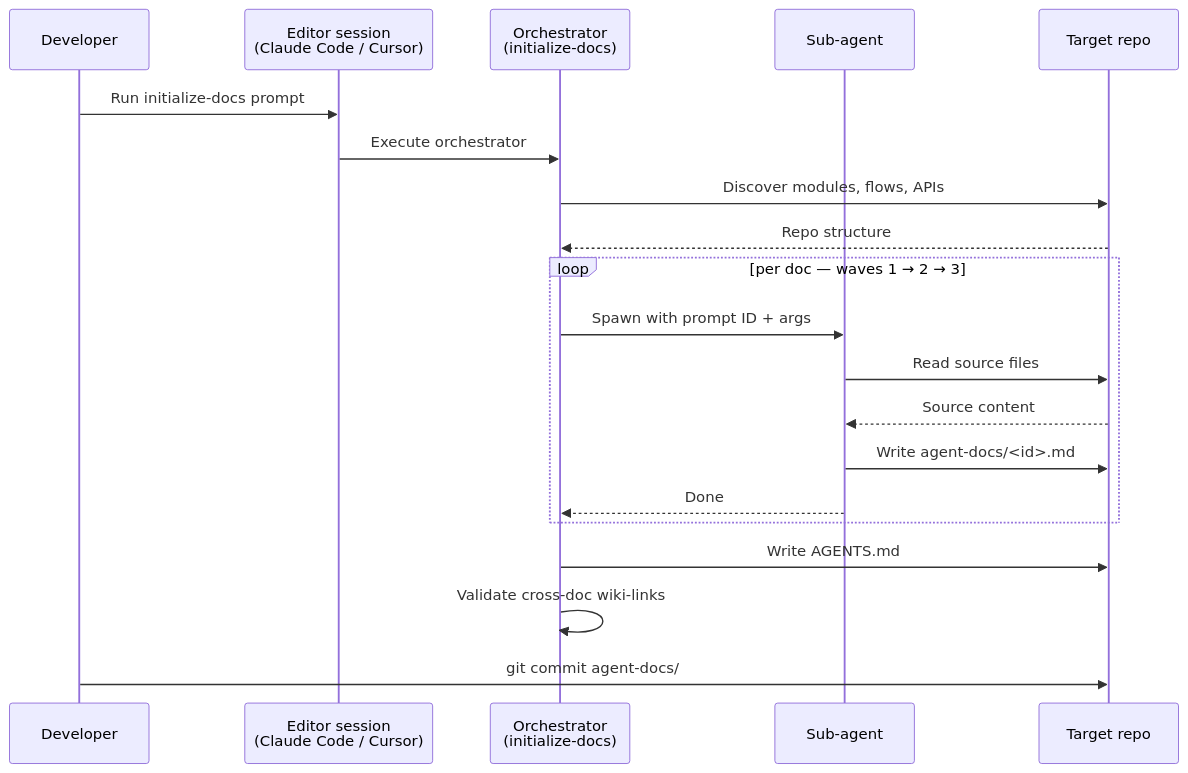
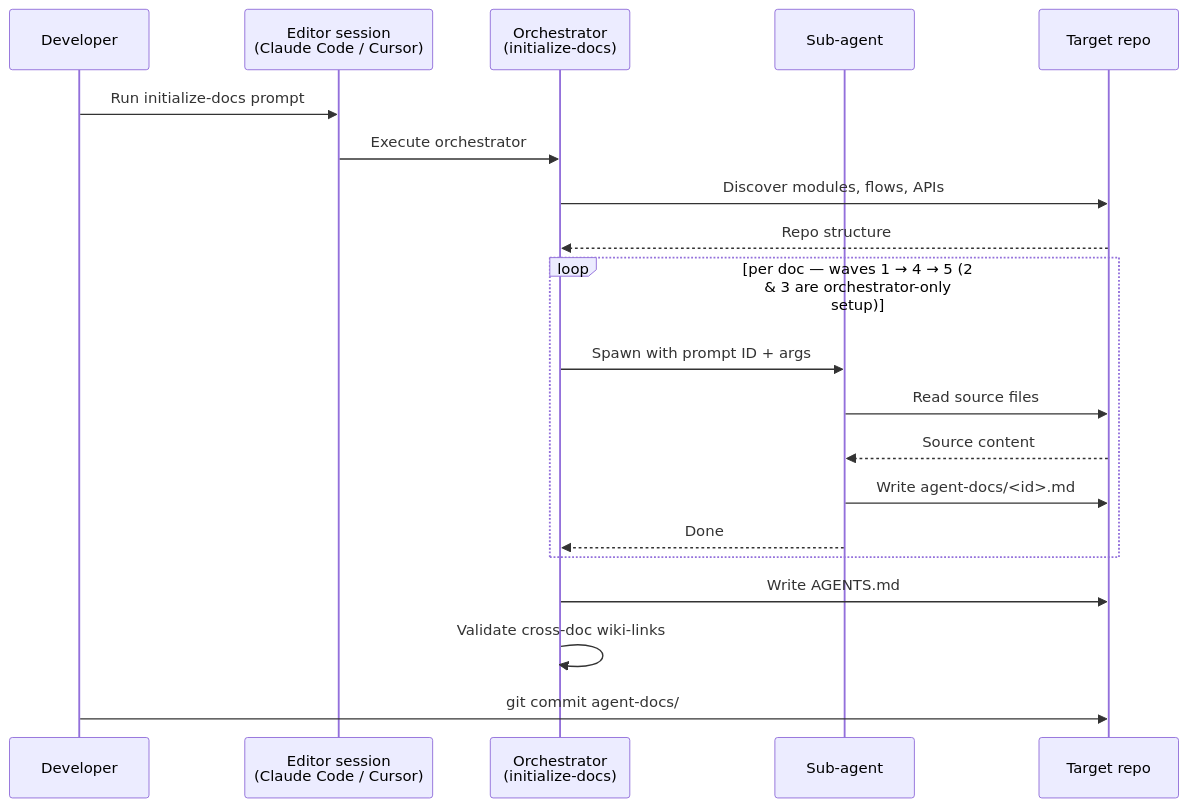
One commit to ramushev/direct-context changed the first of 3 diagrams in README.md. Above: the diagram before and after it, drawn with Mermaid. The commit also changed other lines of this file and 1 other file, not shown here.

Commit message:
feat: update waves

````diff
--- a/README.md
+++ b/README.md
@@ -293,23 +293,23 @@
 ```mermaid
 sequenceDiagram
     participant Dev as Developer
     participant Editor as Editor session<br/>(Claude Code / Cursor)
     participant Orch as Orchestrator<br/>(initialize-docs)
     participant Sub as Sub-agent
     participant Repo as Target repo
 
     Dev->>Editor: Run initialize-docs prompt
     Editor->>Orch: Execute orchestrator
     Orch->>Repo: Discover modules, flows, APIs
     Repo-->>Orch: Repo structure
-    loop per doc — waves 1 → 2 → 3
+    loop per doc — waves 1 → 4 → 5 (2 & 3 are orchestrator-only setup)
         Orch->>Sub: Spawn with prompt ID + args
         Sub->>Repo: Read source files
         Repo-->>Sub: Source content
         Sub->>Repo: Write agent-docs/<id>.md
         Sub-->>Orch: Done
     end
     Orch->>Repo: Write AGENTS.md
     Orch->>Orch: Validate cross-doc wiki-links
     Dev->>Repo: git commit agent-docs/
 ```
````
